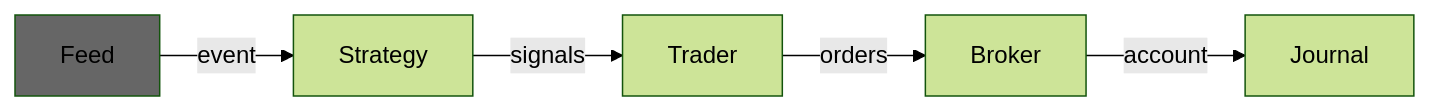
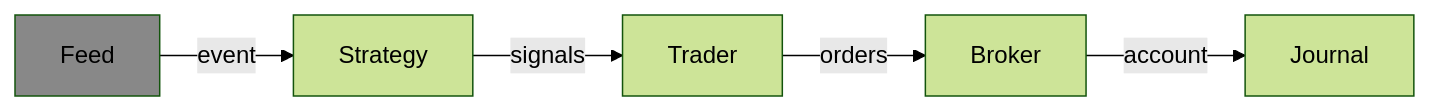
One commit to neurallayer/roboquant.py changed the diagram in docs/core/feed.md. Above: the diagram before and after it, drawn with Mermaid (forest theme). The commit also changed 21 other files, not shown here.

````diff
--- a/docs/core/feed.md
+++ b/docs/core/feed.md
@@ -15,13 +15,13 @@
 ```mermaid
 flowchart LR
  
     Feed["Feed"]
     Strategy["Strategy"]
     Trader["Trader"]
     Broker["Broker"]
     Journal["Journal"]
     
     Feed -- event --> Strategy -- signals --> Trader -- orders --> Broker -- account --> Journal 
 
-    style Feed fill:#666
+    style Feed fill:#888
 ```
````
